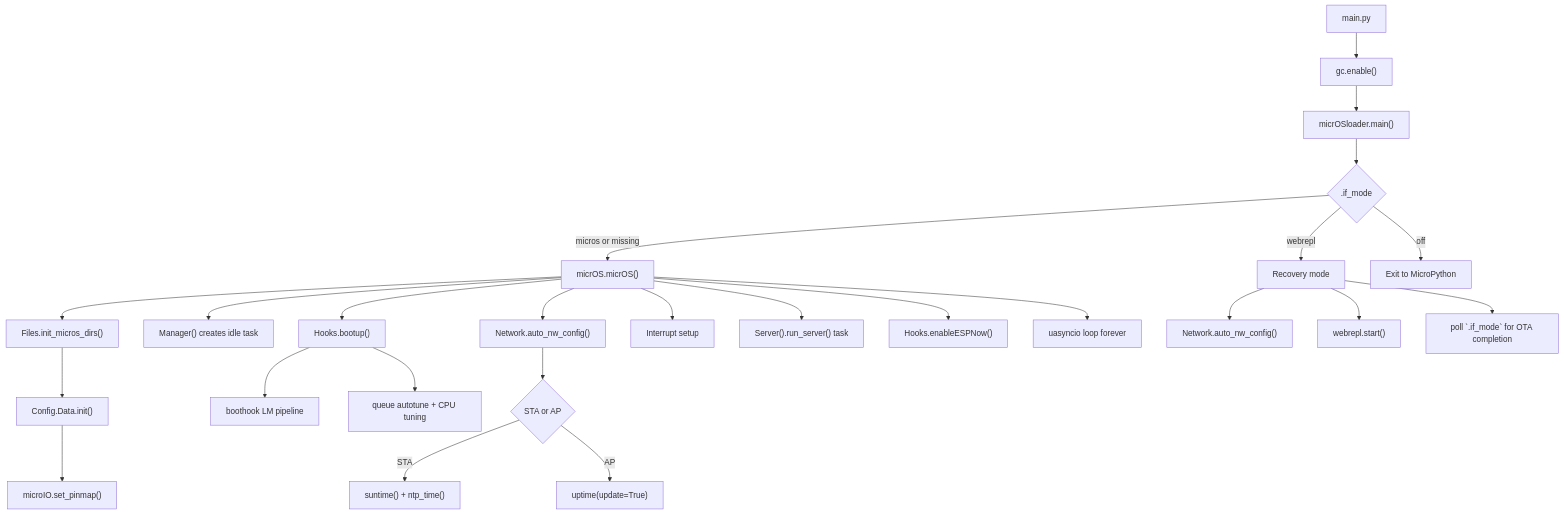
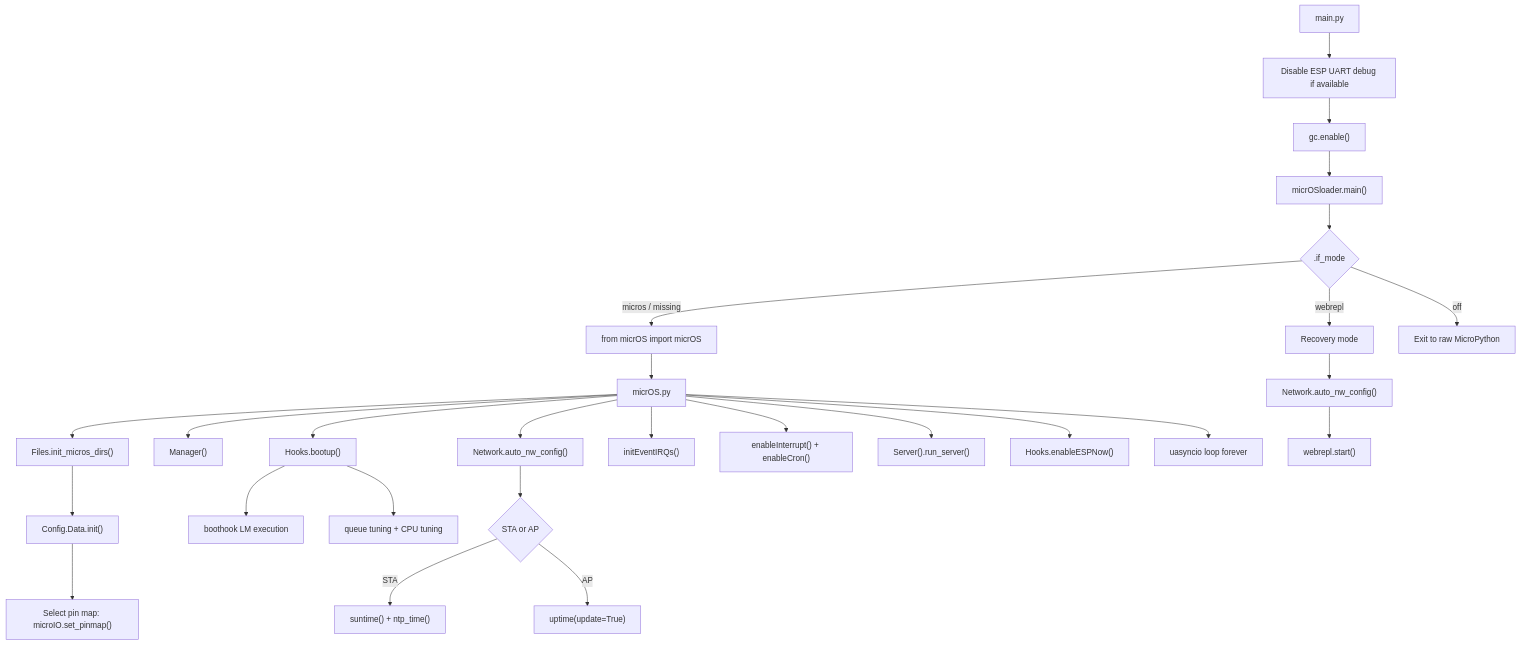
One commit to BxNxM/micrOS changed the first of 6 diagrams in micrOS/ARCHITECTURE.md. Above: the diagram before and after it, drawn with Mermaid. The commit also changed other lines of this file and 8 other files, not shown here.

Commit message:
Doc update micrOS/ARCHITECTURE.md + APPLICATION_GUIDE.md -> micrOS/MODULE_GUIDE.md

````diff
--- a/micrOS/ARCHITECTURE.md
+++ b/micrOS/ARCHITECTURE.md
@@ -13,29 +26,31 @@
 ```mermaid
 flowchart TD
-    A["main.py"] --> B["gc.enable()"]
-    B --> C["micrOSloader.main()"]
-    C --> D{"`.if_mode`"}
-    D -->|micros or missing| E["micrOS.micrOS()"]
-    D -->|webrepl| F["Recovery mode"]
-    D -->|off| G["Exit to MicroPython"]
+    A["main.py"] --> B["Disable ESP UART debug if available"]
+    B --> C["gc.enable()"]
+    C --> D["micrOSloader.main()"]
+    D --> E{"`.if_mode`"}
+    E -->|micros / missing| F["from micrOS import micrOS"]
+    E -->|webrepl| G["Recovery mode"]
+    E -->|off| H["Exit to raw MicroPython"]
 
-    E --> H["Files.init_micros_dirs()"]
-    H --> I["Config.Data.init()"]
-    I --> J["microIO.set_pinmap()"]
-    E --> K["Manager() creates idle task"]
-    E --> L["Hooks.bootup()"]
-    L --> M["boothook LM pipeline"]
-    L --> N["queue autotune + CPU tuning"]
-    E --> O["Network.auto_nw_config()"]
-    O --> P{"STA or AP"}
-    P -->|STA| Q["suntime() + ntp_time()"]
-    P -->|AP| R["uptime(update=True)"]
-    E --> S["Interrupt setup"]
-    E --> T["Server().run_server() task"]
-    E --> U["Hooks.enableESPNow()"]
-    E --> V["uasyncio loop forever"]
+    F --> I["micrOS.py"]
+    I --> J["Files.init_micros_dirs()"]
+    J --> K["Config.Data.init()"]
+    K --> L["Select pin map: microIO.set_pinmap()"]
+    I --> M["Manager()"]
+    I --> N["Hooks.bootup()"]
+    N --> O["boothook LM execution"]
+    N --> P["queue tuning + CPU tuning"]
+    I --> Q["Network.auto_nw_config()"]
+    Q --> R{"STA or AP"}
+    R -->|STA| S["suntime() + ntp_time()"]
+    R -->|AP| T["uptime(update=True)"]
+    I --> U["initEventIRQs()"]
+    I --> V["enableInterrupt() + enableCron()"]
+    I --> W["Server().run_server()"]
+    I --> X["Hooks.enableESPNow()"]
+    I --> Y["uasyncio loop forever"]
 
-    F --> W["Network.auto_nw_config()"]
-    F --> X["webrepl.start()"]
-    F --> Y["poll `.if_mode` for OTA completion"]
+    G --> Z["Network.auto_nw_config()"]
+    Z --> AA["webrepl.start()"]
 ```
````
